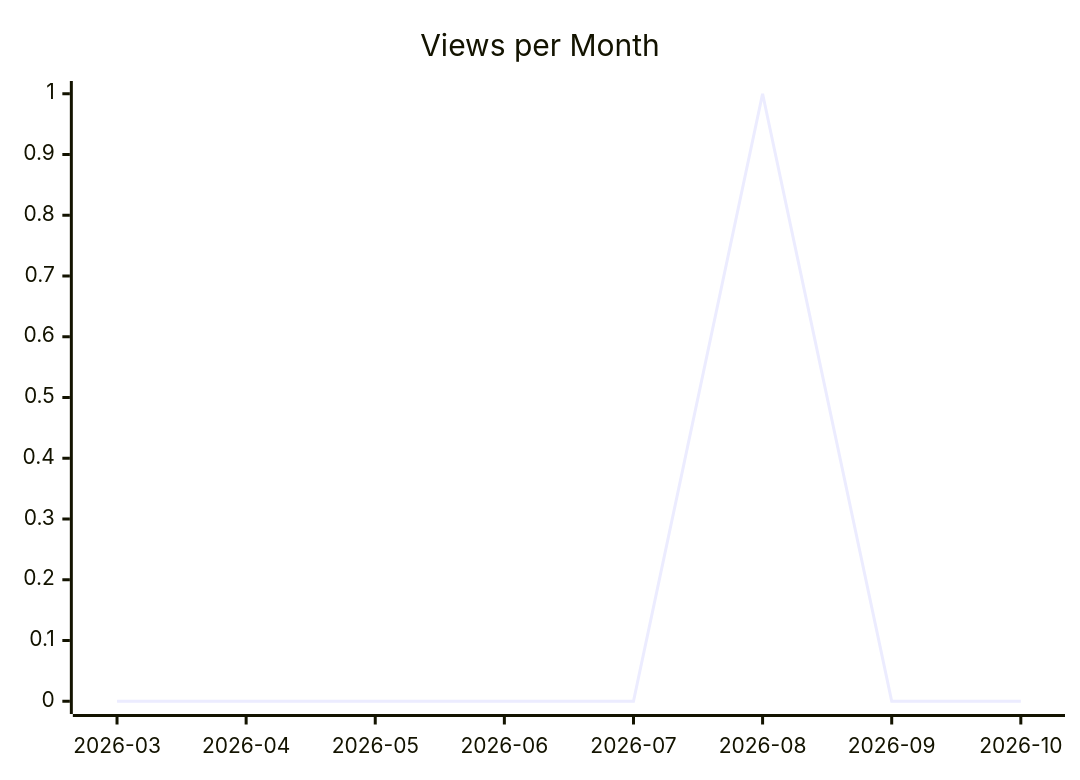
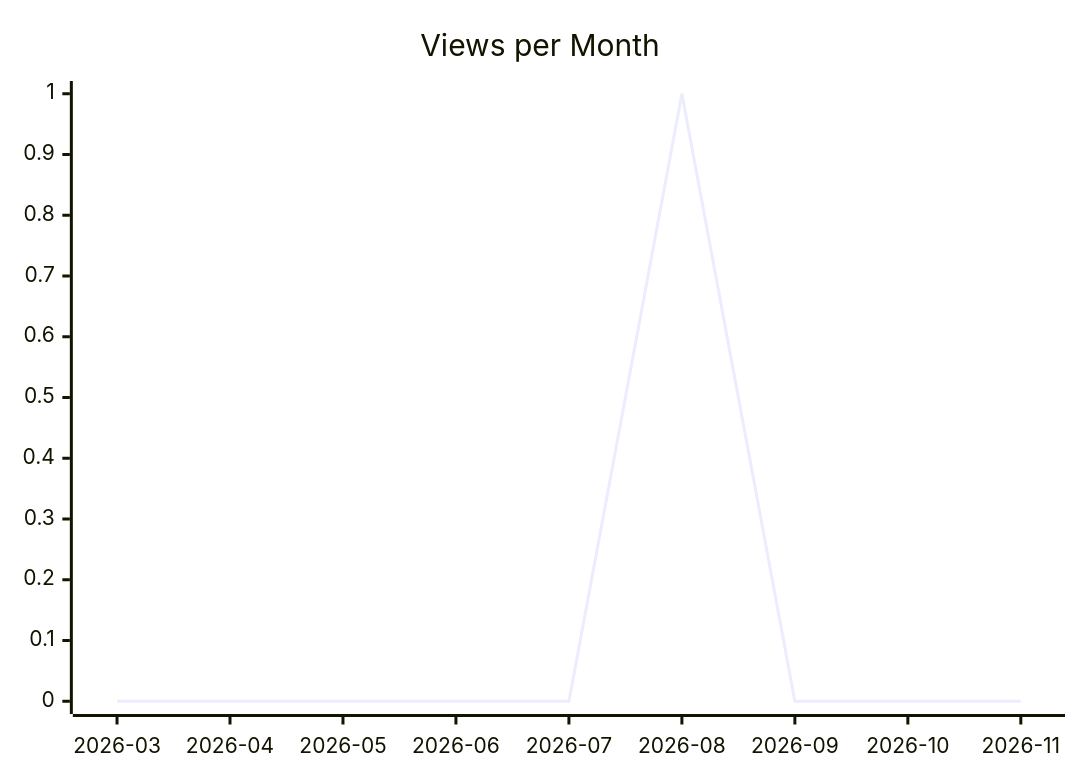
One commit to justdavis-family/github-analytics-data changed the second of 3 diagrams in karlmdavis/ansible-role-acmetool/README.md. Above: the diagram before and after it, drawn with Mermaid. The commit also changed other lines of this file and 201 other files, not shown here.

````diff
--- a/karlmdavis/ansible-role-acmetool/README.md
+++ b/karlmdavis/ansible-role-acmetool/README.md
@@ -12,6 +12,6 @@
 ```mermaid
 xychart-beta
   title "Views per Month"
-  x-axis ["2026-03", "2026-04", "2026-05", "2026-06", "2026-07", "2026-08", "2026-09", "2026-10"]
-  line [0, 0, 0, 0, 0, 1, 0, 0]
+  x-axis ["2026-03", "2026-04", "2026-05", "2026-06", "2026-07", "2026-08", "2026-09", "2026-10", "2026-11"]
+  line [0, 0, 0, 0, 0, 1, 0, 0, 0]
 ```
````
